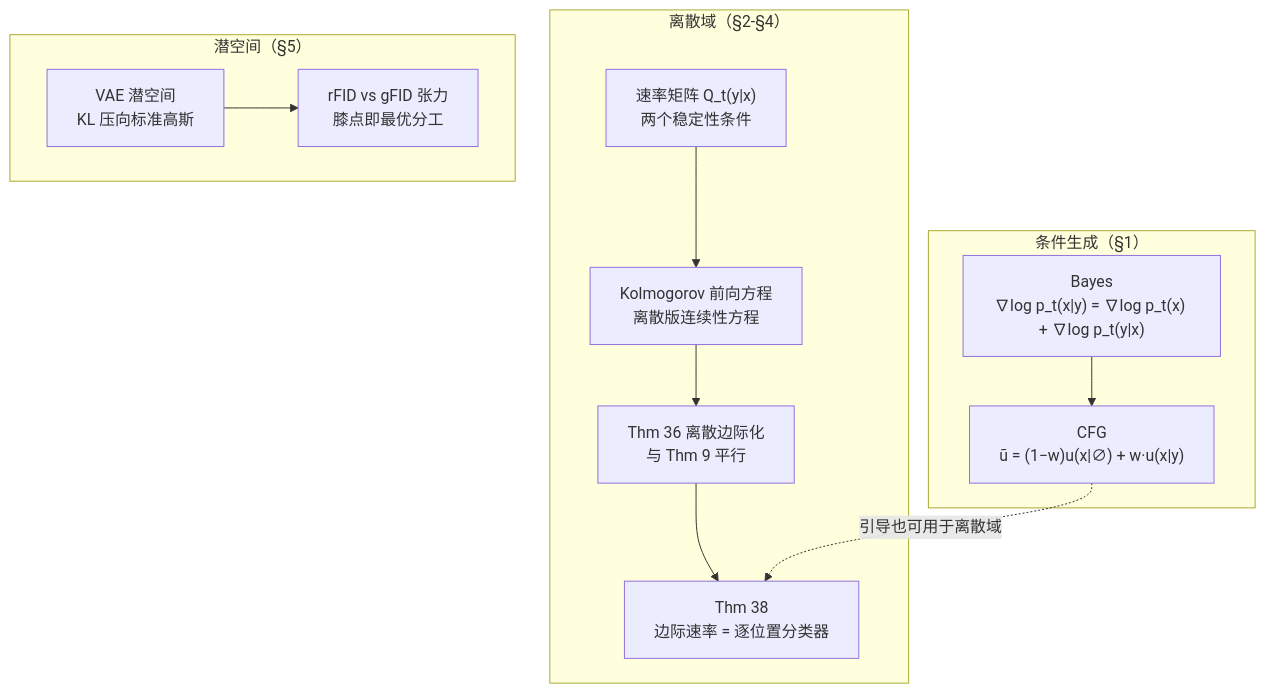
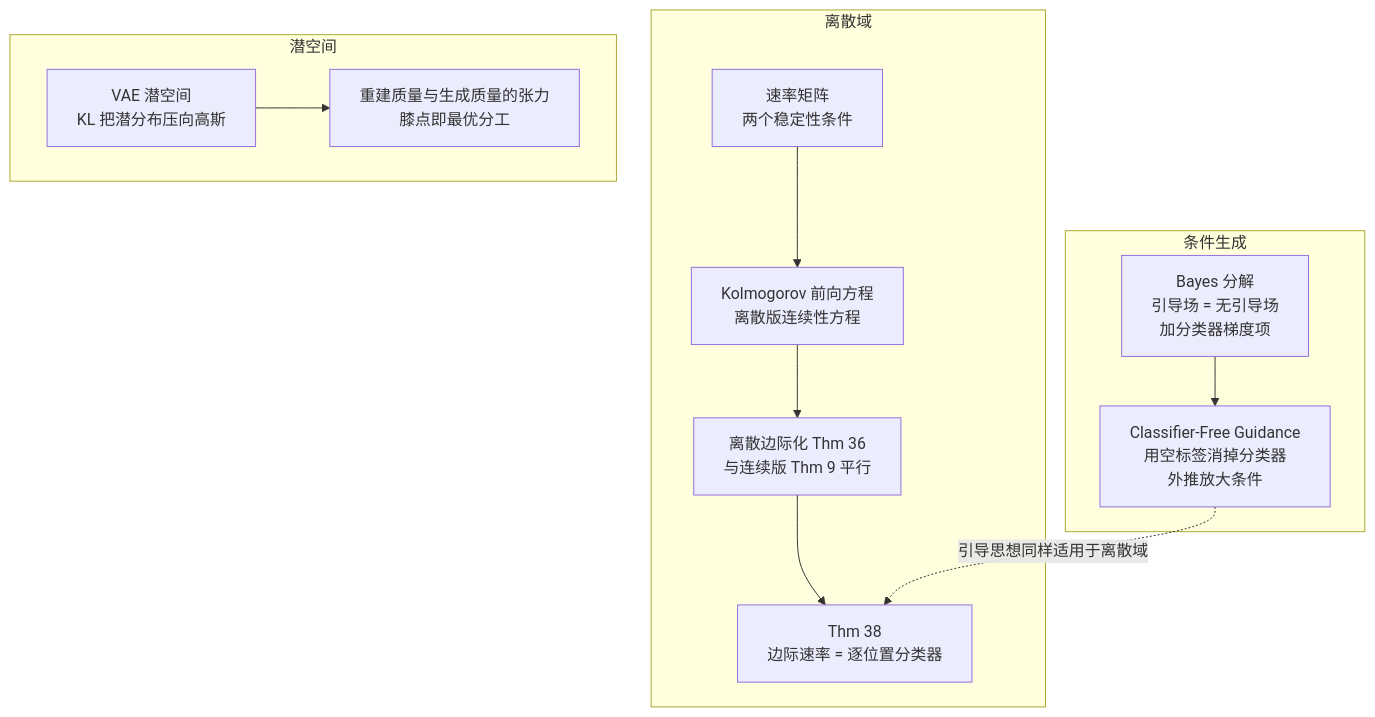
One commit to lrypcy/lrypcy.github.io changed the diagram in _posts/2026-08-22-flow-matching-03-guidance-discrete-latent.md. Above: the diagram before and after it, drawn with Mermaid. The commit also changed 4 other files, not shown here.

First line of the commit message:
flow-matching: 修掉三张 mermaid 图的公式不渲染

````diff
--- a/_posts/2026-08-22-flow-matching-03-guidance-discrete-latent.md
+++ b/_posts/2026-08-22-flow-matching-03-guidance-discrete-latent.md
@@ -19,21 +19,21 @@
 ```mermaid
 graph TD
-    subgraph G["条件生成（§1）"]
-        B["Bayes<br/>∇log p_t(x|y) = ∇log p_t(x) + ∇log p_t(y|x)"]
-        CFG["CFG<br/>ũ = (1−w)u(x|∅) + w·u(x|y)"]
+    subgraph G["条件生成"]
+        B["Bayes 分解<br>引导场 = 无引导场<br>加分类器梯度项"]
+        CFG["Classifier-Free Guidance<br>用空标签消掉分类器<br/>外推放大条件"]
         B --> CFG
     end
-    subgraph D["离散域（§2-§4）"]
-        CTMC["速率矩阵 Q_t(y|x)<br/>两个稳定性条件"]
-        KFE["Kolmogorov 前向方程<br/>离散版连续性方程"]
-        MT["Thm 36 离散边际化<br/>与 Thm 9 平行"]
-        TH38["Thm 38<br/>边际速率 = 逐位置分类器"]
+    subgraph D["离散域"]
+        CTMC["速率矩阵<br>两个稳定性条件"]
+        KFE["Kolmogorov 前向方程<br>离散版连续性方程"]
+        MT["离散边际化 Thm 36<br>与连续版 Thm 9 平行"]
+        TH38["Thm 38<br>边际速率 = 逐位置分类器"]
         CTMC --> KFE --> MT --> TH38
     end
-    subgraph L["潜空间（§5）"]
-        VAE["VAE 潜空间<br/>KL 压向标准高斯"]
-        RD["rFID vs gFID 张力<br/>膝点即最优分工"]
+    subgraph L["潜空间"]
+        VAE["VAE 潜空间<br>KL 把潜分布压向高斯"]
+        RD["重建质量与生成质量的张力<br>膝点即最优分工"]
         VAE --> RD
     end
-    CFG -.引导也可用于离散域.-> TH38
+    CFG -.引导思想同样适用于离散域.-> TH38
 ```
````
